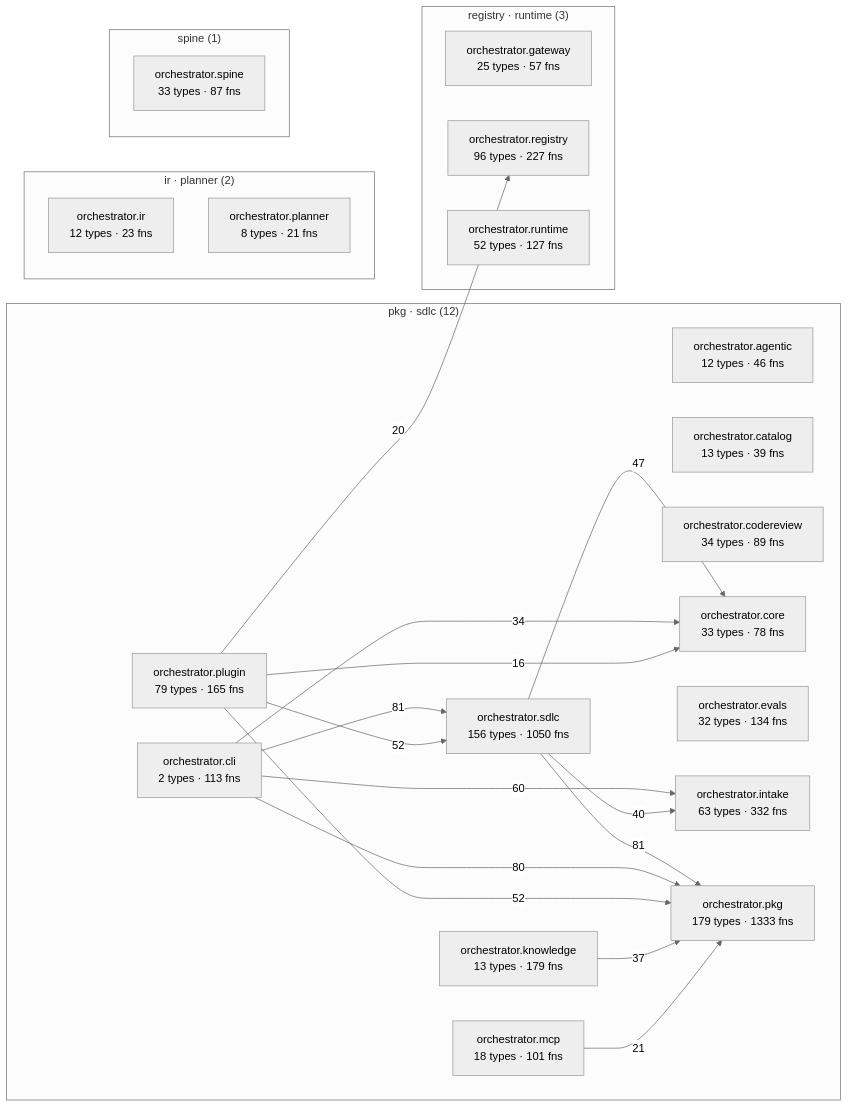
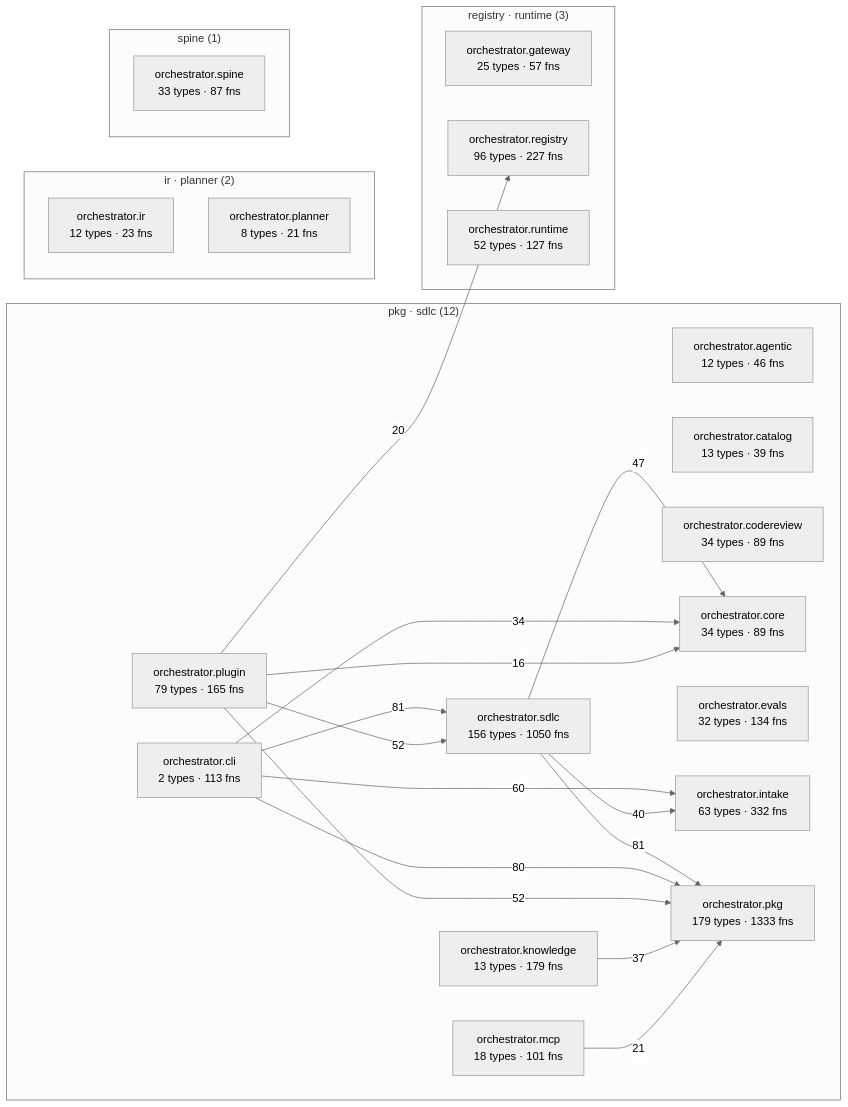
Before and after one commit to synaptixs/spine: the diagram in episteme/architecture.md, drawn with Mermaid (neutral theme). The commit also changed other lines of this file and 11 other files, not shown here.

````diff
--- a/episteme/architecture.md
+++ b/episteme/architecture.md
@@ -56,42 +56,42 @@
 ```mermaid
 flowchart LR
   subgraph c_2["pkg · sdlc (12)"]
     aorchestratoragentic["orchestrator.agentic<br/>12 types · 46 fns"]
     aorchestratorcatalog["orchestrator.catalog<br/>13 types · 39 fns"]
     aorchestratorcli["orchestrator.cli<br/>2 types · 113 fns"]
     aorchestratorcodereview["orchestrator.codereview<br/>34 types · 89 fns"]
-    aorchestratorcore["orchestrator.core<br/>33 types · 78 fns"]
+    aorchestratorcore["orchestrator.core<br/>34 types · 89 fns"]
     aorchestratorevals["orchestrator.evals<br/>32 types · 134 fns"]
     aorchestratorintake["orchestrator.intake<br/>63 types · 332 fns"]
     aorchestratorknowledge["orchestrator.knowledge<br/>13 types · 179 fns"]
     aorchestratormcp["orchestrator.mcp<br/>18 types · 101 fns"]
     aorchestratorpkg["orchestrator.pkg<br/>179 types · 1333 fns"]
     aorchestratorplugin["orchestrator.plugin<br/>79 types · 165 fns"]
     aorchestratorsdlc["orchestrator.sdlc<br/>156 types · 1050 fns"]
   end
   subgraph c_5["registry · runtime (3)"]
     aorchestratorgateway["orchestrator.gateway<br/>25 types · 57 fns"]
     aorchestratorregistry["orchestrator.registry<br/>96 types · 227 fns"]
     aorchestratorruntime["orchestrator.runtime<br/>52 types · 127 fns"]
   end
   subgraph c_7["ir · planner (2)"]
     aorchestratorir["orchestrator.ir<br/>12 types · 23 fns"]
     aorchestratorplanner["orchestrator.planner<br/>8 types · 21 fns"]
   end
   subgraph c_12["spine (1)"]
     aorchestratorspine["orchestrator.spine<br/>33 types · 87 fns"]
   end
   aorchestratorcli -->|81| aorchestratorsdlc
   aorchestratorsdlc -->|81| aorchestratorpkg
   aorchestratorcli -->|80| aorchestratorpkg
   aorchestratorcli -->|60| aorchestratorintake
   aorchestratorplugin -->|52| aorchestratorpkg
   aorchestratorplugin -->|52| aorchestratorsdlc
   aorchestratorsdlc -->|47| aorchestratorcore
   aorchestratorsdlc -->|40| aorchestratorintake
   aorchestratorknowledge -->|37| aorchestratorpkg
   aorchestratorcli -->|34| aorchestratorcore
   aorchestratormcp -->|21| aorchestratorpkg
   aorchestratorplugin -->|20| aorchestratorregistry
   aorchestratorplugin -->|16| aorchestratorcore
 ```
````
